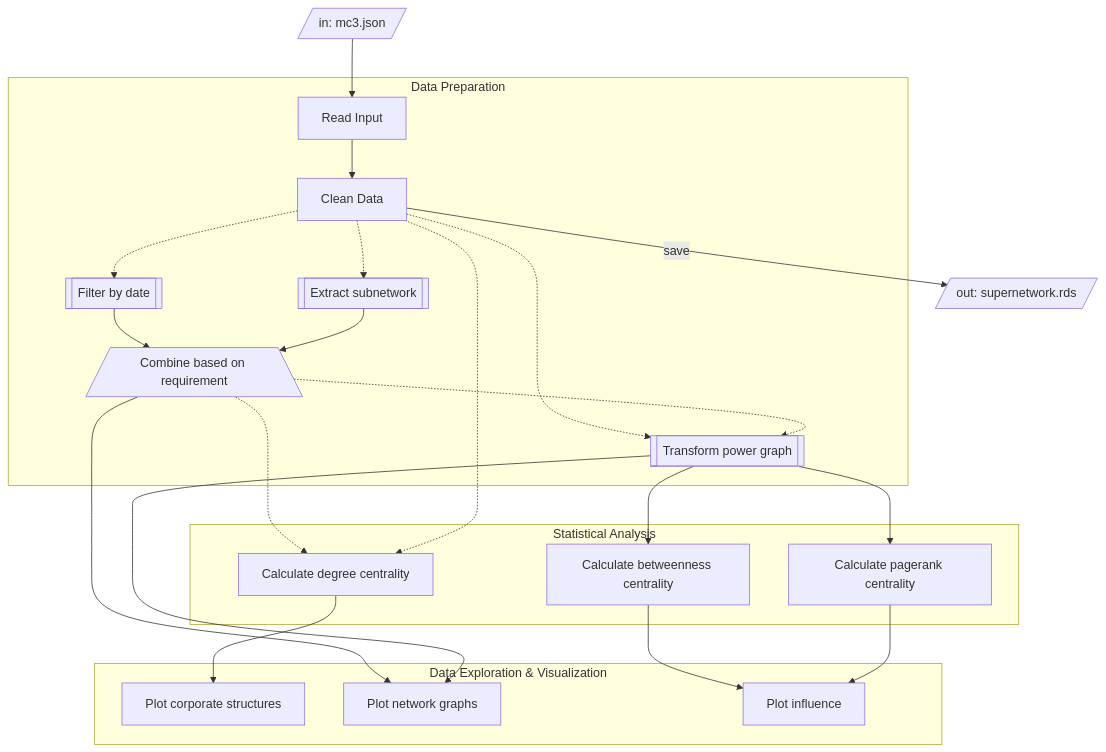
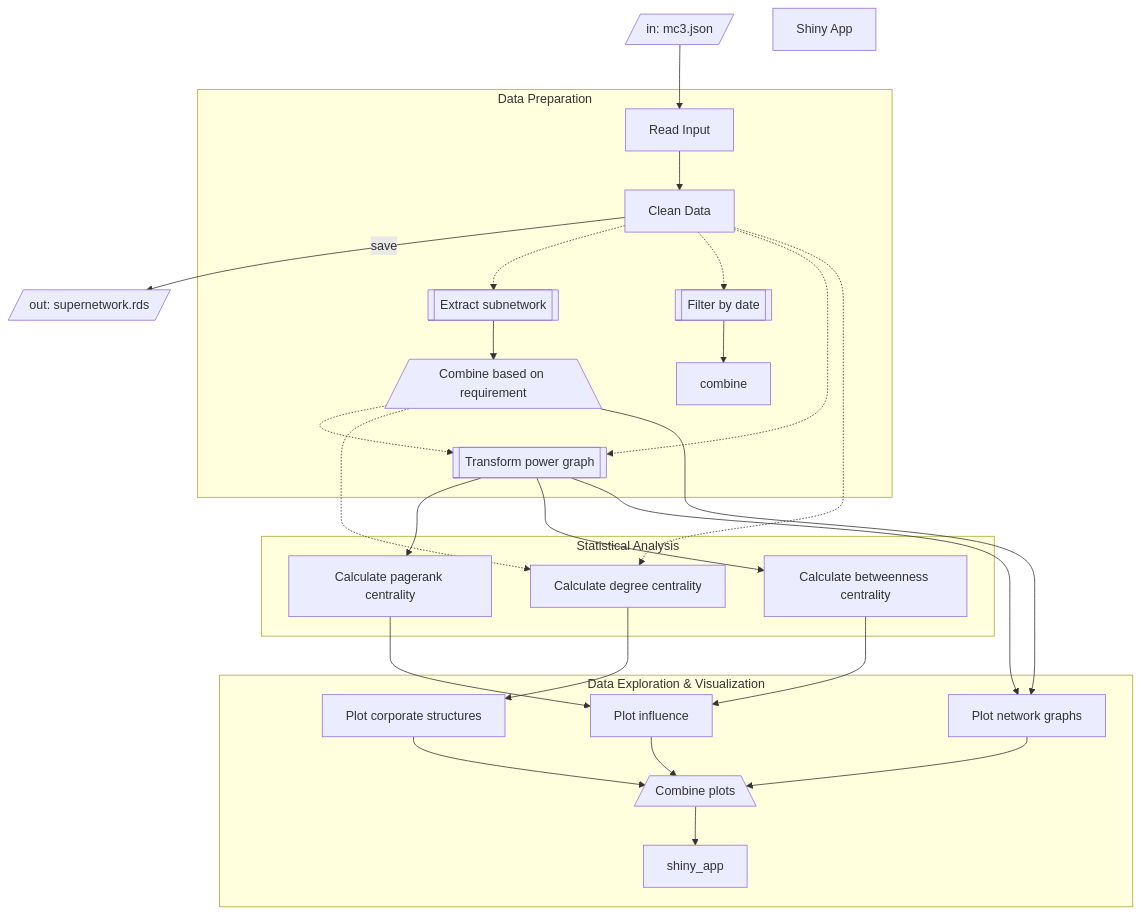
Before and after one commit to kjcpaas/ISSS608_Project: the diagram in proposal.qmd, drawn with Mermaid. The commit also changed 3 other files, not shown here.

Commit message:
Add Shiny App to methodology

````diff
--- a/proposal.qmd
+++ b/proposal.qmd
@@ -36,51 +36,57 @@
 ```{mermaid}
 flowchart
   mc3_json[/in: mc3.json/]
   sn_rds[/out: supernetwork.rds/]
   
   read[Read Input]
   clean[Clean Data]
   
   extract_subnetwork[[Extract subnetwork]]
   filter_date[[Filter by date]]
   transform_power[[Transform power graph]]
   
   degree[Calculate degree centrality]
   pagerank[Calculate pagerank centrality]
   betweenness[Calculate betweenness centrality]
   
   plot_corp[Plot corporate structures]
   plot_network[Plot network graphs]
   plot_influence[Plot influence]
+  shiny[Shiny App]
   
-  combine[/Combine based on requirement\]
+  combine_data[/Combine based on requirement\]
+  combine_plots[/Combine plots\]
   
   clean -- save --> sn_rds
   mc3_json --> read
   
   subgraph Data Preparation
     read --> clean
     clean -.-> extract_subnetwork
     clean -.-> filter_date
-    extract_subnetwork --> combine
+    extract_subnetwork --> combine_data
     filter_date --> combine
-    combine -.-> transform_power
+    combine_data -.-> transform_power
     clean -.-> transform_power
   end
   
   subgraph Statistical Analysis
     clean -.-> degree
-    combine -.-> degree
+    combine_data -.-> degree
     transform_power --> pagerank
     transform_power --> betweenness
   end
   
     
   subgraph Data Exploration & Visualization
     degree --> plot_corp
     pagerank --> plot_influence
     betweenness --> plot_influence
     transform_power --> plot_network
-    combine --> plot_network
+    combine_data --> plot_network
+    plot_corp --> combine_plots
+    plot_network --> combine_plots
+    plot_influence --> combine_plots
+    combine_plots --> shiny_app
   end
 ```
````
